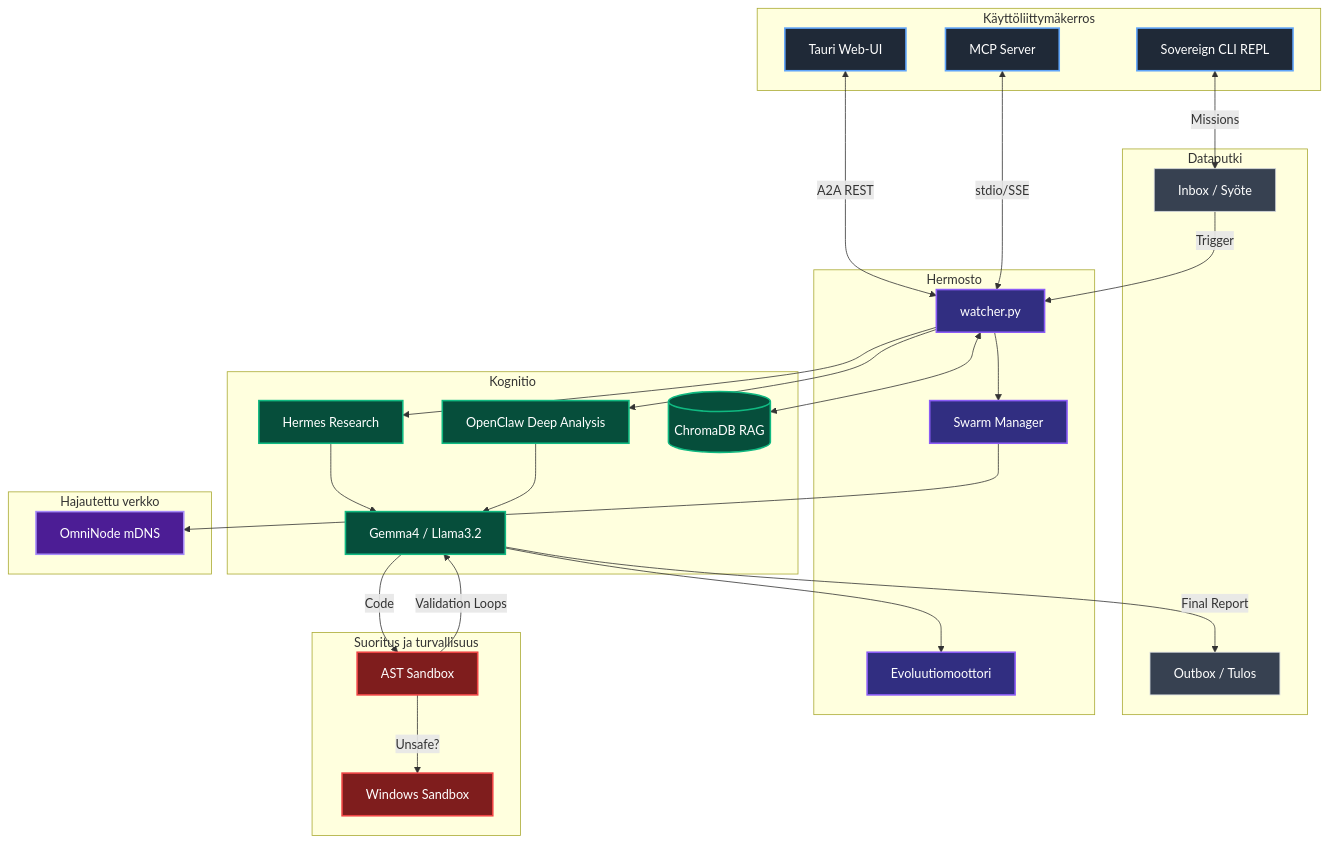
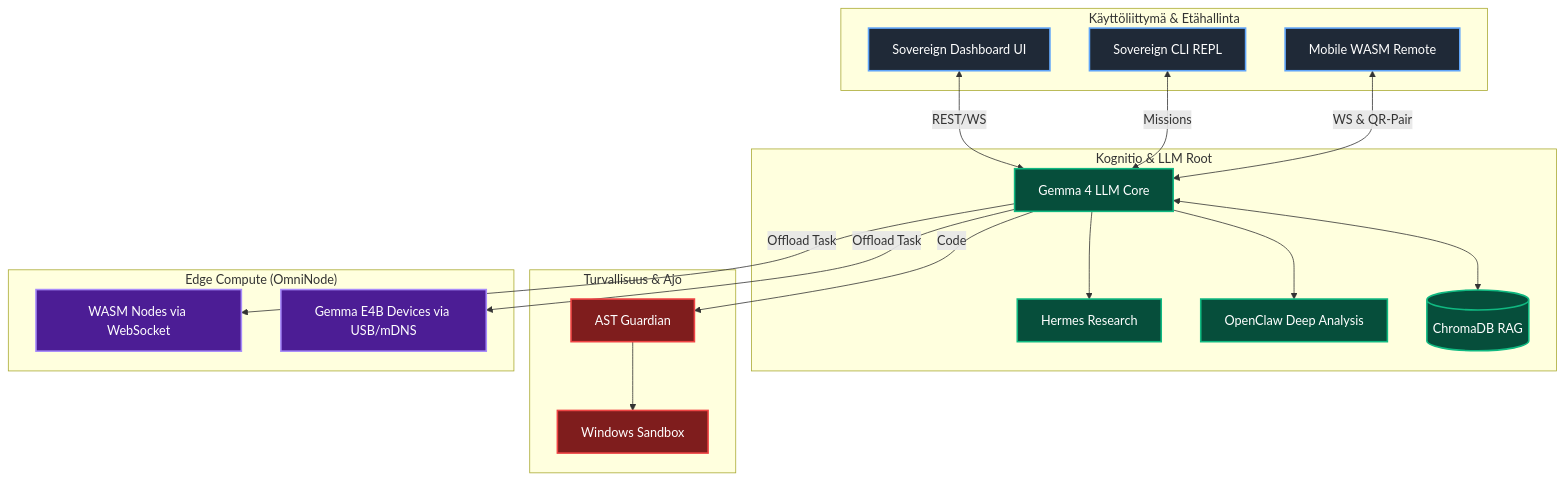
The diagram in README.md (harleysederholm-alt/AgentDir), drawn with Mermaid before and after one commit. The commit also changed other lines of this file and 8 other files, not shown here.

Commit message:
feat: Sovereign Engine v4.0 OmniNode Edge Architecture (Zero-Install & USB Tether)

````diff
--- a/README.md
+++ b/README.md
@@ -36,60 +38,43 @@
 ```mermaid
 graph TD
     classDef ui fill:#1F2937,stroke:#60A5FA,stroke-width:2px,color:#fff
     classDef core fill:#312E81,stroke:#8B5CF6,stroke-width:2px,color:#fff
     classDef mem fill:#064E3B,stroke:#10B981,stroke-width:2px,color:#fff
     classDef exe fill:#7F1D1D,stroke:#EF4444,stroke-width:2px,color:#fff
-    classDef data fill:#374151,stroke:#D1D5DB,stroke-width:1px,color:#fff
     classDef net fill:#4C1D95,stroke:#A78BFA,stroke-width:2px,color:#fff
 
-    subgraph UI["Käyttöliittymäkerros"]
-        T[Tauri Web-UI]:::ui
+    subgraph UI["Käyttöliittymä & Etähallinta"]
+        T[Sovereign Dashboard UI]:::ui
         CLI[Sovereign CLI REPL]:::ui
-        MCP[MCP Server]:::ui
+        Mobile[Mobile WASM Remote]:::ui
     end
 
-    subgraph PIPE["Dataputki"]
-        IN[Inbox / Syöte]:::data
-        OUT[Outbox / Tulos]:::data
-    end
-
-    subgraph SPARK["Hermosto"]
-        W[watcher.py]:::core
-        Evo[Evoluutiomoottori]:::core
-        Swarm[Swarm Manager]:::core
-    end
-
-    subgraph COGNET["Kognitio"]
+    subgraph COGNET["Kognitio & LLM Root"]
         Hermes[Hermes Research]:::mem
         OC[OpenClaw Deep Analysis]:::mem
-        LLM[Gemma4 / Llama3.2]:::mem
+        LLM[Gemma 4 LLM Core]:::mem
         RAG[(ChromaDB RAG)]:::mem
     end
 
-    subgraph EXEC["Suoritus ja turvallisuus"]
-        AST[AST Sandbox]:::exe
+    subgraph EXEC["Turvallisuus & Ajo"]
+        AST[AST Guardian]:::exe
         WSBOX[Windows Sandbox]:::exe
     end
 
-    subgraph NETWORK["Hajautettu verkko"]
-        OMNI[OmniNode mDNS]:::net
+    subgraph NETWORK["Edge Compute (OmniNode)"]
+        OMNI_WS[WASM Nodes via WebSocket]:::net
+        OMNI_MDNS[Gemma E4B Devices via USB/mDNS]:::net
     end
 
     %% Yhteydet
-    T <--> |A2A REST| W
-    CLI <--> |Missions| IN
-    MCP <--> |stdio/SSE| W
-    IN --> |Trigger| W
-    W <--> RAG
-    W --> Hermes
-    W --> OC
-    Hermes --> LLM
-    OC --> LLM
+    T <--> |REST/WS| LLM
+    CLI <--> |Missions| LLM
+    Mobile <--> |WS & QR-Pair| LLM
+    LLM <--> RAG
+    LLM --> Hermes
+    LLM --> OC
     LLM --> |Code| AST
-    AST --> |Unsafe?| WSBOX
-    AST --> |Validation Loops| LLM
-    LLM --> |Final Report| OUT
-    LLM --> Evo
-    W --> Swarm
-    Swarm --> OMNI
+    AST --> WSBOX
+    LLM --> |Offload Task| OMNI_WS
+    LLM --> |Offload Task| OMNI_MDNS
 ```
````
